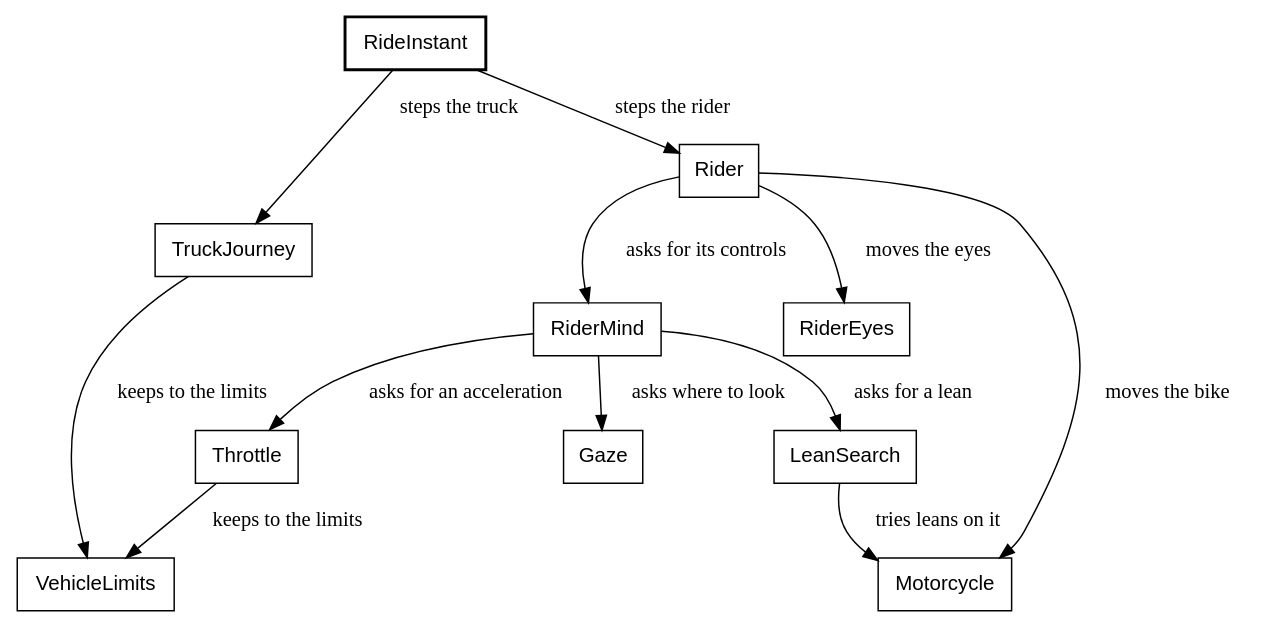
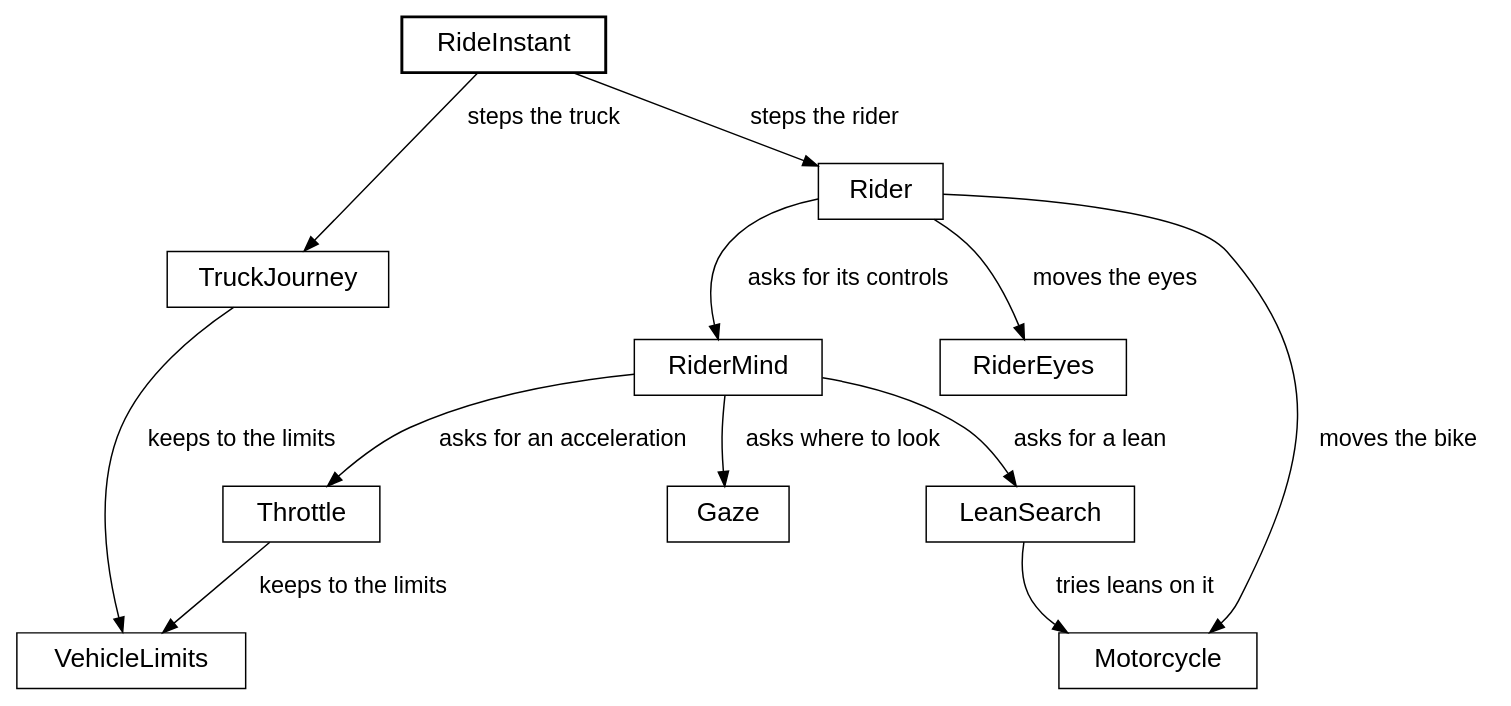
One commit to showell/roc-apps changed the sixth of 27 diagrams in canvas_apps/safari/tutorial/tutorial.md. Above: the diagram before and after it, drawn with Graphviz. The commit also changed other lines of this file and 3 other files, not shown here.

````diff
--- a/canvas_apps/safari/tutorial/tutorial.md
+++ b/canvas_apps/safari/tutorial/tutorial.md
@@ -1579,17 +1505,21 @@
 ```dot
 digraph stepped {
-  node [shape=box, fontname="Helvetica"];
+  rankdir=TB;
+  nodesep=0.5;
+  ranksep=0.6;
+  node [shape=box, fontname="Helvetica", fontsize=18, margin="0.25,0.12"];
+  edge [fontname="Helvetica", fontsize=16];
   RideInstant [style=bold];
   RideInstant -> Rider [label="  steps the rider"];
   RideInstant -> TruckJourney [label="  steps the truck"];
   Rider -> RiderMind [label="  asks for its controls"];
   Rider -> Motorcycle [label="  moves the bike"];
   Rider -> RiderEyes [label="  moves the eyes"];
   RiderMind -> Throttle [label="  asks for an acceleration"];
   RiderMind -> LeanSearch [label="  asks for a lean"];
   RiderMind -> Gaze [label="  asks where to look"];
   Throttle -> VehicleLimits [label="  keeps to the limits"];
   TruckJourney -> VehicleLimits [label="  keeps to the limits"];
   LeanSearch -> Motorcycle [label="  tries leans on it"];
 }
 ```
````
